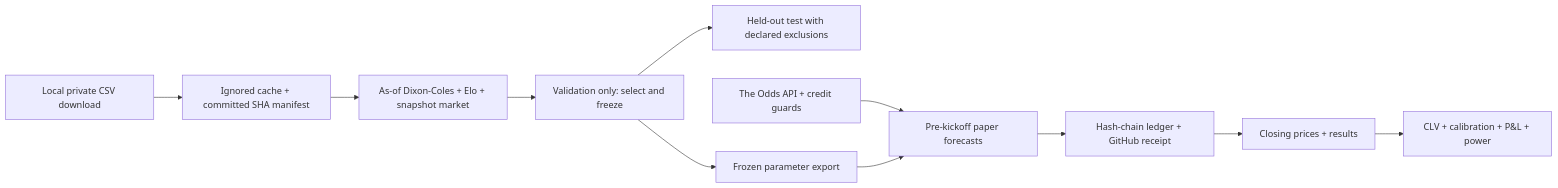
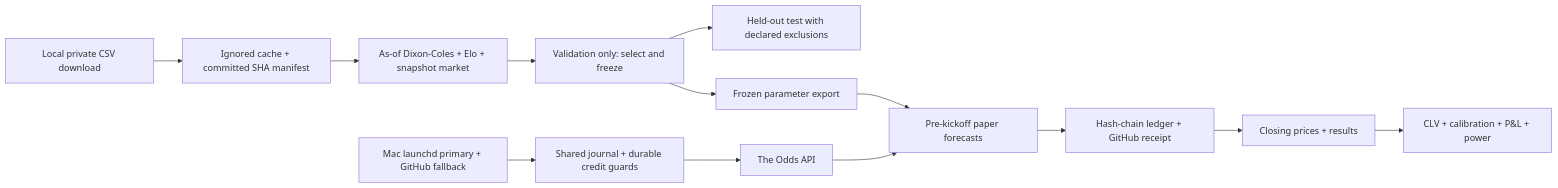
Before and after one commit to ncoprod/closing-line-lab: the diagram in README.md, drawn with Mermaid. The commit also changed other lines of this file and 16 other files, not shown here.

````diff
--- a/README.md
+++ b/README.md
@@ -55,13 +56,15 @@
 ```mermaid
 flowchart LR
   A[Local private CSV download] --> B[Ignored cache + committed SHA manifest]
   B --> C[As-of Dixon-Coles + Elo + snapshot market]
   C --> D[Validation only: select and freeze]
   D --> E[Held-out test with declared exclusions]
   D --> J[Frozen parameter export]
-  K[The Odds API + credit guards] --> F[Pre-kickoff paper forecasts]
+  L[Mac launchd primary + GitHub fallback] --> K[Shared journal + durable credit guards]
+  K --> O[The Odds API]
+  O --> F[Pre-kickoff paper forecasts]
   J --> F
   F --> G[Hash-chain ledger + GitHub receipt]
   G --> H[Closing prices + results]
   H --> I[CLV + calibration + P&L + power]
 ```
````
